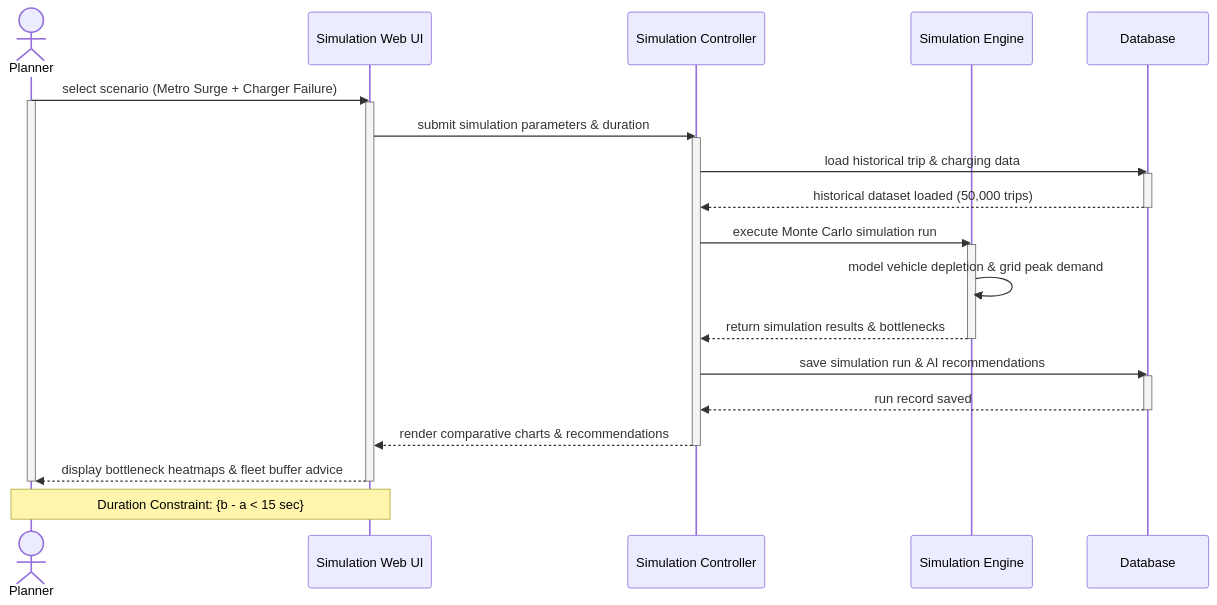
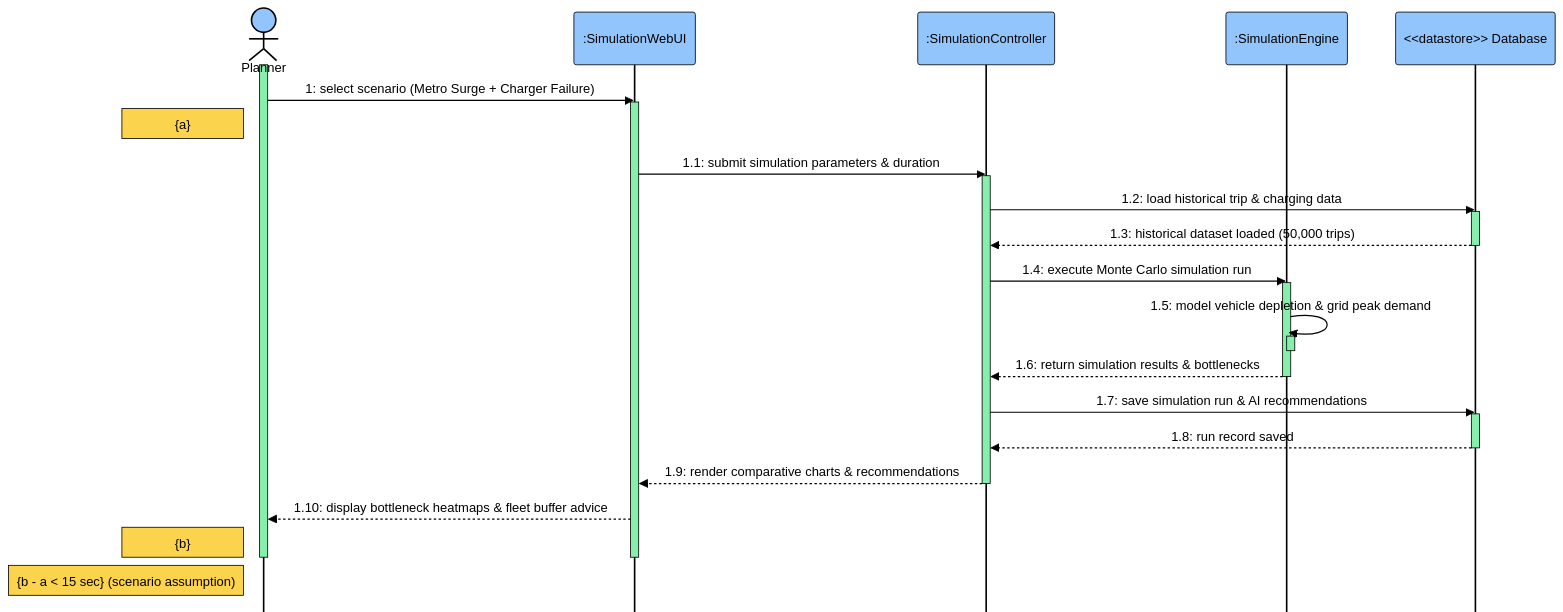
Before and after one commit to YdtTran/software-engineerning: diagram 14 of 14 in 01_Diagram/02_Sequence_Diagram/PLANTUML_SEQUENCE.md, drawn with Mermaid. The commit also changed other lines of this file and 217 other files, not shown here.

````diff
--- a/01_Diagram/02_Sequence_Diagram/PLANTUML_SEQUENCE.md
+++ b/01_Diagram/02_Sequence_Diagram/PLANTUML_SEQUENCE.md
@@ -672,33 +738,37 @@
 ```mermaid
-sequenceDiagram
-    actor Plan as Planner
-    participant UI as Simulation Web UI
-    participant Ctrl as Simulation Controller
-    participant Engine as Simulation Engine
-    participant DB as Database
-
-    Plan->>UI: select scenario (Metro Surge + Charger Failure)
-    activate Plan
-    activate UI
-    UI->>Ctrl: submit simulation parameters & duration
-    activate Ctrl
-    Ctrl->>DB: load historical trip & charging data
-    activate DB
-    DB-->>Ctrl: historical dataset loaded (50,000 trips)
-    deactivate DB
-    Ctrl->>Engine: execute Monte Carlo simulation run
-    activate Engine
-    Engine->>Engine: model vehicle depletion & grid peak demand
-    Engine-->>Ctrl: return simulation results & bottlenecks
-    deactivate Engine
-    Ctrl->>DB: save simulation run & AI recommendations
-    activate DB
-    DB-->>Ctrl: run record saved
-    deactivate DB
-    Ctrl-->>UI: render comparative charts & recommendations
-    deactivate Ctrl
-    UI-->>Plan: display bottleneck heatmaps & fleet buffer advice
-    deactivate UI
-    deactivate Plan
-    Note over Plan,UI: Duration Constraint: {b - a < 15 sec}
+%%{init: {"theme":"base","fontFamily":"Segoe UI","themeVariables":{"fontSize":"16px","textColor":"#000000","primaryTextColor":"#000000","actorTextColor":"#000000","signalTextColor":"#000000","noteTextColor":"#000000","labelTextColor":"#000000","loopTextColor":"#000000","actorBkg":"#93c5fd","actorBorder":"#000000","activationBkgColor":"#86efac","activationBorderColor":"#000000","noteBkgColor":"#fcd34d","noteBorderColor":"#000000","labelBoxBorderColor":"#000000","labelBoxBkgColor":"#93c5fd","background":"#ffffff"},"sequence":{"actorFontSize":18,"messageFontSize":16,"noteFontSize":14,"mirrorActors":false}}}%%
+    sequenceDiagram
+        actor P0 as Planner
+        participant P1 as :SimulationWebUI
+        participant P2 as :SimulationController
+        participant P3 as :SimulationEngine
+        participant P4 as <<datastore>> Database
+    activate P0
+    P0->>P1: 1: select scenario (Metro Surge + Charger Failure)
+    activate P1
+    Note left of P0: {a}
+    P1->>P2: 1.1: submit simulation parameters & duration
+    activate P2
+    P2->>P4: 1.2: load historical trip & charging data
+    activate P4
+    P4-->>P2: 1.3: historical dataset loaded (50,000 trips)
+    deactivate P4
+    P2->>P3: 1.4: execute Monte Carlo simulation run
+    activate P3
+    P3->>P3: 1.5: model vehicle depletion & grid peak demand
+    activate P3
+    deactivate P3
+    P3-->>P2: 1.6: return simulation results & bottlenecks
+    deactivate P3
+    P2->>P4: 1.7: save simulation run & AI recommendations
+    activate P4
+    P4-->>P2: 1.8: run record saved
+    deactivate P4
+    P2-->>P1: 1.9: render comparative charts & recommendations
+    deactivate P2
+    P1-->>P0: 1.10: display bottleneck heatmaps & fleet buffer advice
+    Note left of P0: {b}
+    deactivate P0
+    deactivate P1
+    Note left of P0: {b - a < 15 sec} (scenario assumption)
 ```
````
